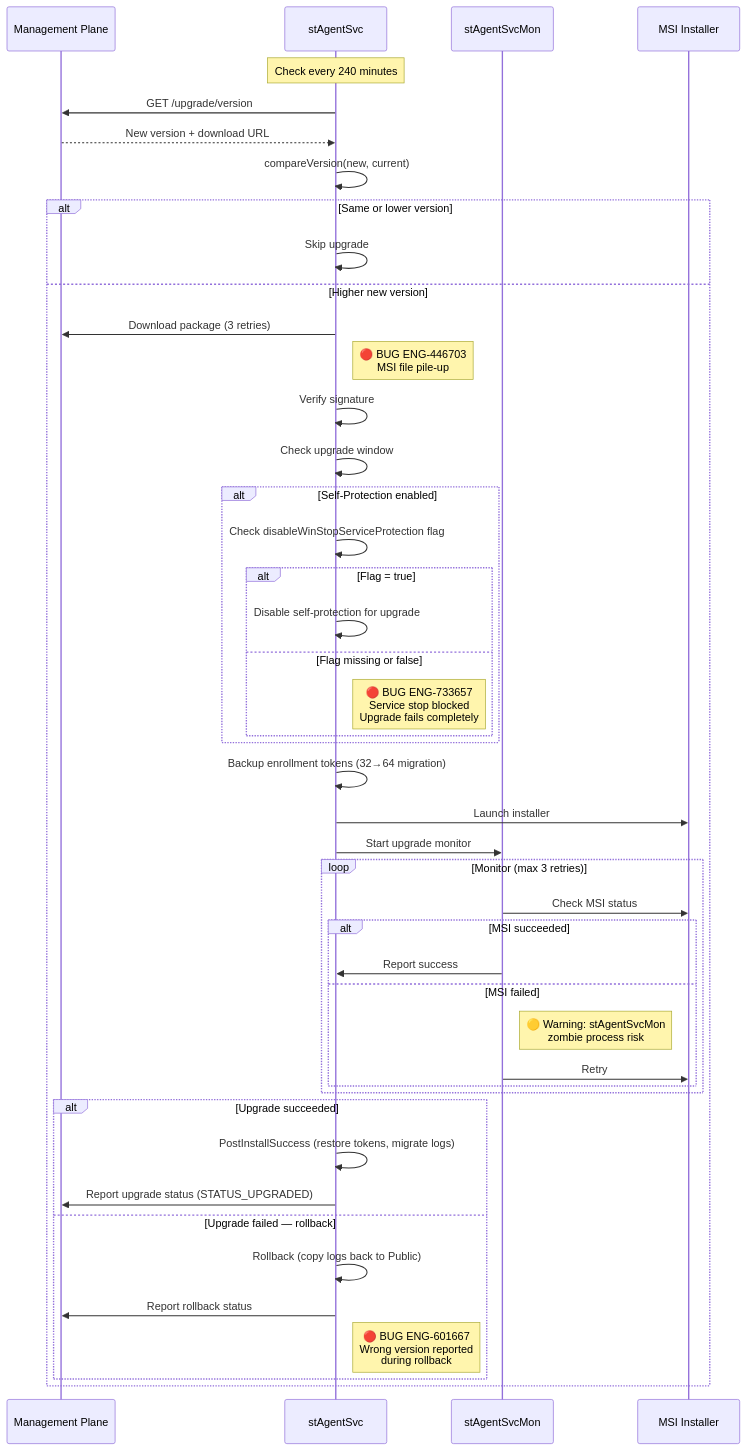
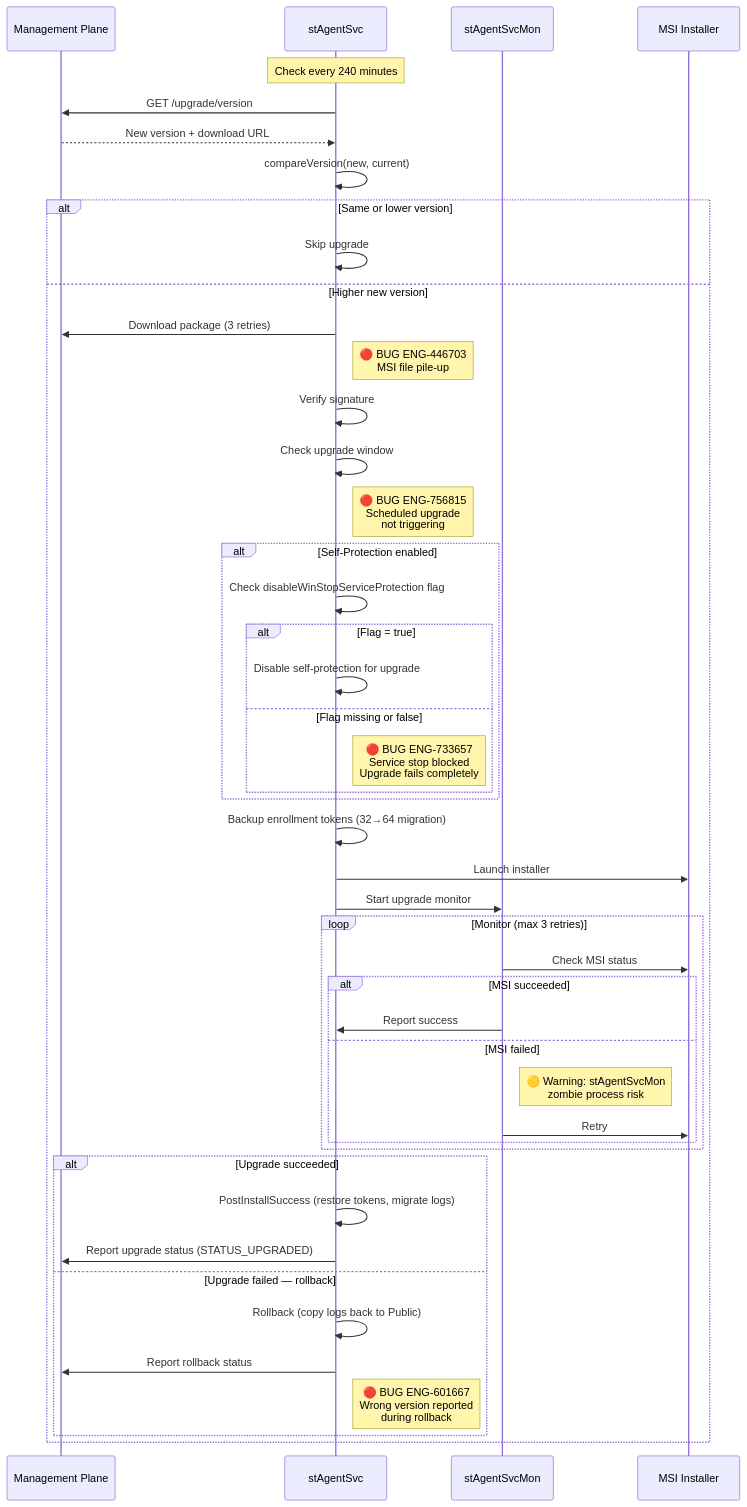
One commit to ns-klin/endpoint_system_test_plan changed the third of 15 diagrams in chapters/01_installation.md. Above: the diagram before and after it, drawn with Mermaid. The commit also changed other lines of this file and 26 other files, not shown here.

First line of the commit message:
Add 87 bugs from Excel enrichment and integrate into mermaid diagrams

````diff
--- a/chapters/01_installation.md
+++ b/chapters/01_installation.md
@@ -210,56 +216,57 @@
 ```mermaid
 sequenceDiagram
     participant MP as Management Plane
     participant SVC as stAgentSvc
     participant MON as stAgentSvcMon
     participant MSI as MSI Installer
 
     Note over SVC: Check every 240 minutes
     SVC->>MP: GET /upgrade/version
     MP-->>SVC: New version + download URL
     
     SVC->>SVC: compareVersion(new, current)
     
     alt Same or lower version
         SVC->>SVC: Skip upgrade
     else Higher new version
         SVC->>MP: Download package (3 retries)
         
         Note right of SVC: 🔴 BUG ENG-446703<br/>MSI file pile-up
         
         SVC->>SVC: Verify signature
         SVC->>SVC: Check upgrade window
+        Note right of SVC: 🔴 BUG ENG-756815<br/>Scheduled upgrade<br/>not triggering
         
         alt Self-Protection enabled
             SVC->>SVC: Check disableWinStopServiceProtection flag
             alt Flag = true
                 SVC->>SVC: Disable self-protection for upgrade
             else Flag missing or false
                 Note right of SVC: 🔴 BUG ENG-733657<br/>Service stop blocked<br/>Upgrade fails completely
             end
         end
         
         SVC->>SVC: Backup enrollment tokens (32→64 migration)
         SVC->>MSI: Launch installer
         SVC->>MON: Start upgrade monitor
         
         loop Monitor (max 3 retries)
             MON->>MSI: Check MSI status
             alt MSI succeeded
                 MON->>SVC: Report success
             else MSI failed
                 Note right of MON: 🟡 Warning: stAgentSvcMon<br/>zombie process risk
                 MON->>MSI: Retry
             end
         end
         
         alt Upgrade succeeded
             SVC->>SVC: PostInstallSuccess (restore tokens, migrate logs)
             SVC->>MP: Report upgrade status (STATUS_UPGRADED)
         else Upgrade failed — rollback
             SVC->>SVC: Rollback (copy logs back to Public)
             SVC->>MP: Report rollback status
             Note right of SVC: 🔴 BUG ENG-601667<br/>Wrong version reported<br/>during rollback
         end
     end
 ```
````
